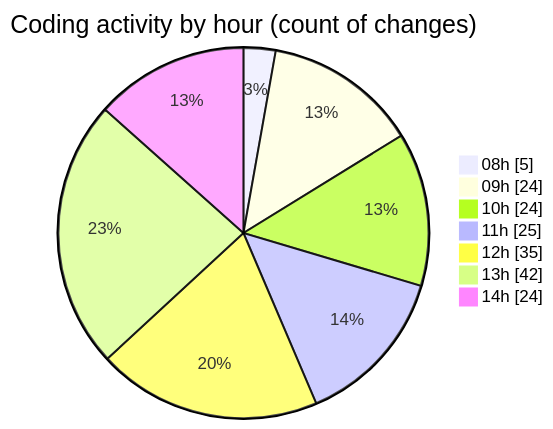
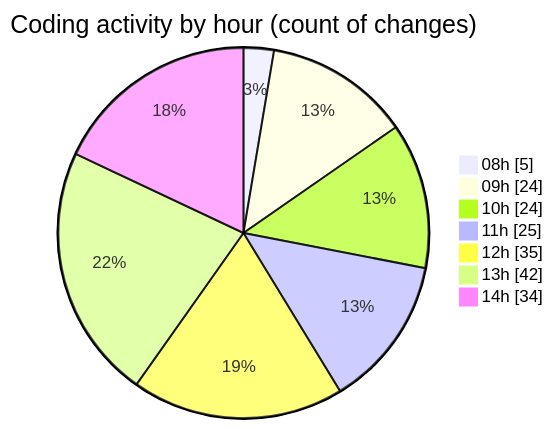
Before and after one commit to momahboobian/code-tracking: the second of 2 diagrams in 2025-11-24/cda/README.md, drawn with Mermaid. The commit also changed other lines of this file and 1 other file, not shown here.

````diff
--- a/2025-11-24/cda/README.md
+++ b/2025-11-24/cda/README.md
@@ -44,11 +44,11 @@
 ```mermaid
 pie showData
 title Coding activity by hour (count of changes)
 "08h" : 5
 "09h" : 24
 "10h" : 24
 "11h" : 25
 "12h" : 35
 "13h" : 42
-"14h" : 24
+"14h" : 34
 ```
````
